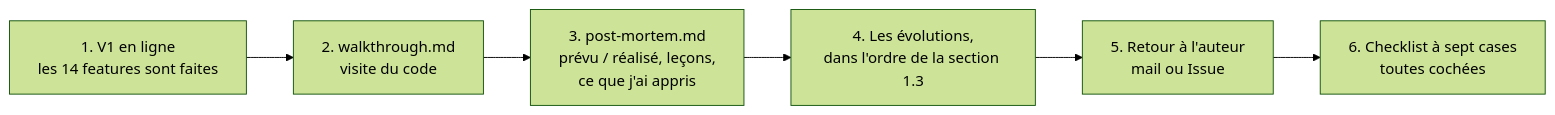
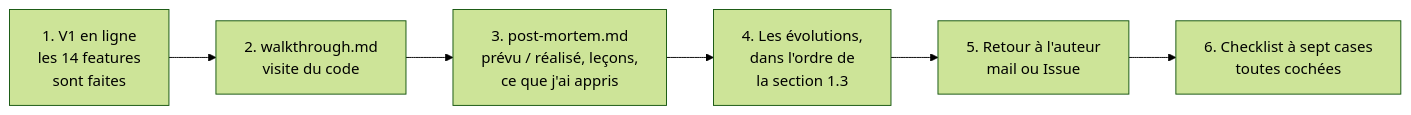
Diagram 41 of 42 in tuto-goodvibe-vibecoding.md (lecinquiemejour-code/goodvibe-tuto), drawn with Mermaid (forest theme) before and after one commit. The commit also changed other lines of this file and 1 other file, not shown here.

First line of the commit message:
fix(tuto, readme): lignes des boîtes redécoupées dans tous les diagrammes, pour ne plus être coupées sur GitHub

````diff
--- a/tuto-goodvibe-vibecoding.md
+++ b/tuto-goodvibe-vibecoding.md
@@ -1979,8 +1979,8 @@
 ```mermaid
 flowchart LR
-    A["1. V1 en ligne<br/>les 14 features sont faites"] --> B["2. walkthrough.md<br/>visite du code"]
+    A["1. V1 en ligne<br/>les 14 features<br/>sont faites"] --> B["2. walkthrough.md<br/>visite du code"]
     B --> C["3. post-mortem.md<br/>prévu / réalisé, leçons,<br/>ce que j'ai appris"]
-    C --> D["4. Les évolutions,<br/>dans l'ordre de la section 1.3"]
+    C --> D["4. Les évolutions,<br/>dans l'ordre de<br/>la section 1.3"]
     D --> R["5. Retour à l'auteur<br/>mail ou Issue"]
     R --> E["6. Checklist à sept cases<br/>toutes cochées"]
 ```
````
